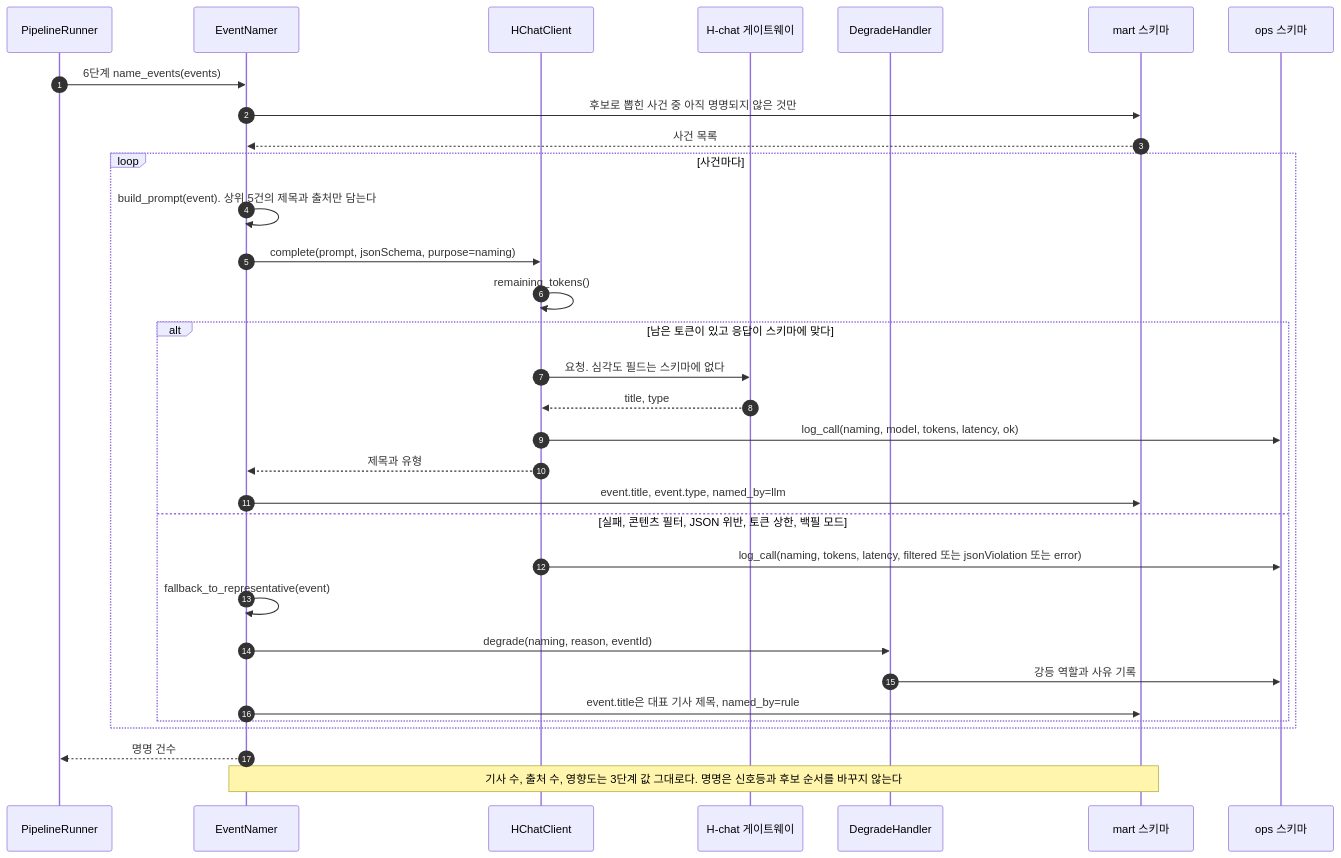
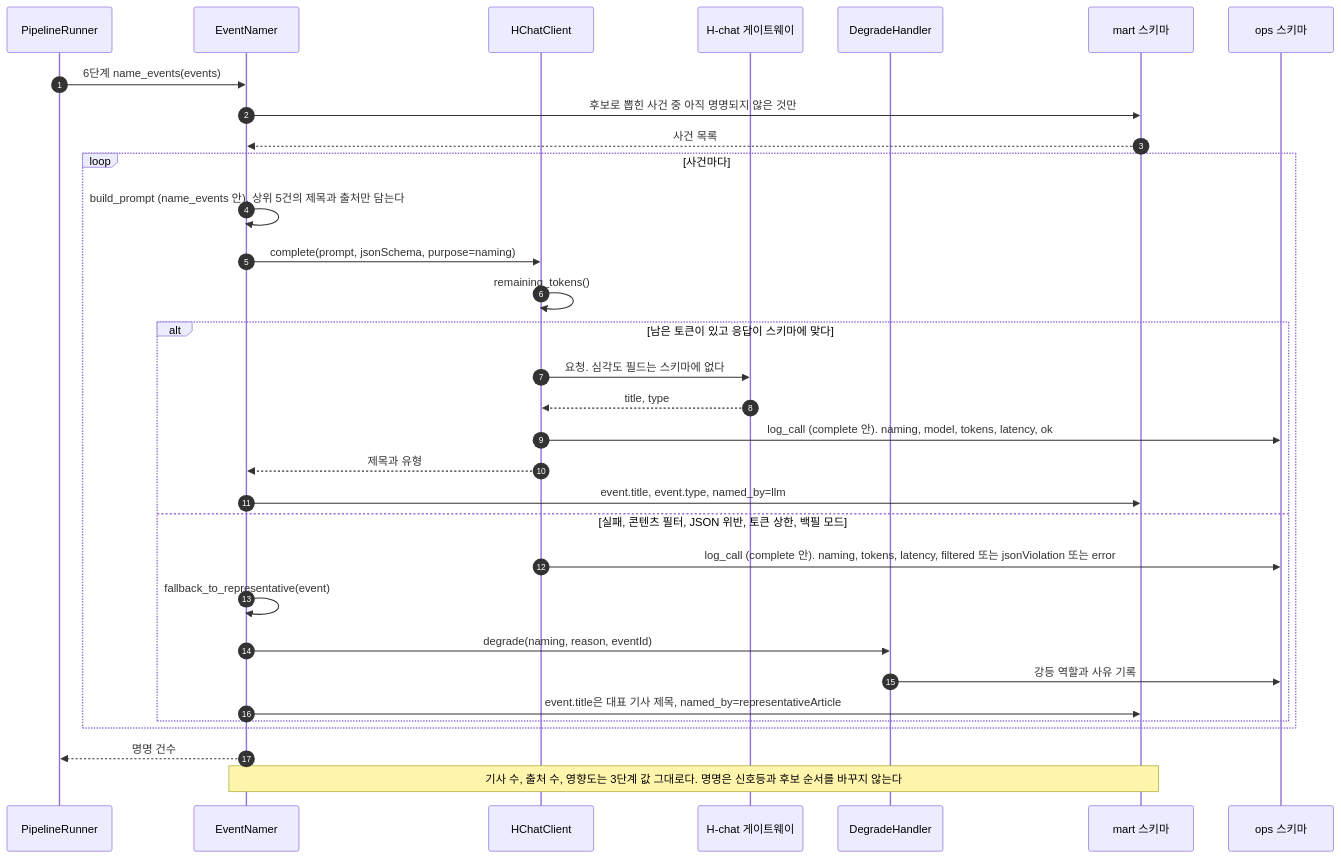
The ninth of 14 diagrams in docs/specs/09-SEQ/TBL-SEQ-001.md (HoyoungParkme/tableau_platform), drawn with Mermaid before and after one commit. The commit also changed other lines of this file, not shown here.

Commit message:
교차 검증 반영: A 리포트 열람 게시 사본 경로 확정(F1 닫음), 도메인 상태 신호등을 5단계 산출물로, notices와 소스별 최신일 게시, 백필 분기, 자기호출 라벨을 MS 이름에 맞춤, named_by=representativeArticle

````diff
--- a/docs/specs/09-SEQ/TBL-SEQ-001.md
+++ b/docs/specs/09-SEQ/TBL-SEQ-001.md
@@ -520,34 +555,34 @@
 ```mermaid
 sequenceDiagram
   autonumber
   participant RUN as PipelineRunner
   participant EN as EventNamer
   participant HCC as HChatClient
   participant HCHAT as H-chat 게이트웨이
   participant DH as DegradeHandler
   participant DB_MART as mart 스키마
   participant DB_OPS as ops 스키마
   RUN->>EN: 6단계 name_events(events)
   EN->>DB_MART: 후보로 뽑힌 사건 중 아직 명명되지 않은 것만
   DB_MART-->>EN: 사건 목록
   loop 사건마다
-    EN->>EN: build_prompt(event). 상위 5건의 제목과 출처만 담는다
+    EN->>EN: build_prompt (name_events 안). 상위 5건의 제목과 출처만 담는다
     EN->>HCC: complete(prompt, jsonSchema, purpose=naming)
     HCC->>HCC: remaining_tokens()
     alt 남은 토큰이 있고 응답이 스키마에 맞다
       HCC->>HCHAT: 요청. 심각도 필드는 스키마에 없다
       HCHAT-->>HCC: title, type
-      HCC->>DB_OPS: log_call(naming, model, tokens, latency, ok)
+      HCC->>DB_OPS: log_call (complete 안). naming, model, tokens, latency, ok
       HCC-->>EN: 제목과 유형
       EN->>DB_MART: event.title, event.type, named_by=llm
     else 실패, 콘텐츠 필터, JSON 위반, 토큰 상한, 백필 모드
-      HCC->>DB_OPS: log_call(naming, tokens, latency, filtered 또는 jsonViolation 또는 error)
+      HCC->>DB_OPS: log_call (complete 안). naming, tokens, latency, filtered 또는 jsonViolation 또는 error
       EN->>EN: fallback_to_representative(event)
       EN->>DH: degrade(naming, reason, eventId)
       DH->>DB_OPS: 강등 역할과 사유 기록
-      EN->>DB_MART: event.title은 대표 기사 제목, named_by=rule
+      EN->>DB_MART: event.title은 대표 기사 제목, named_by=representativeArticle
     end
   end
   EN-->>RUN: 명명 건수
   Note over EN,DB_MART: 기사 수, 출처 수, 영향도는 3단계 값 그대로다. 명명은 신호등과 후보 순서를 바꾸지 않는다
 ```
````
